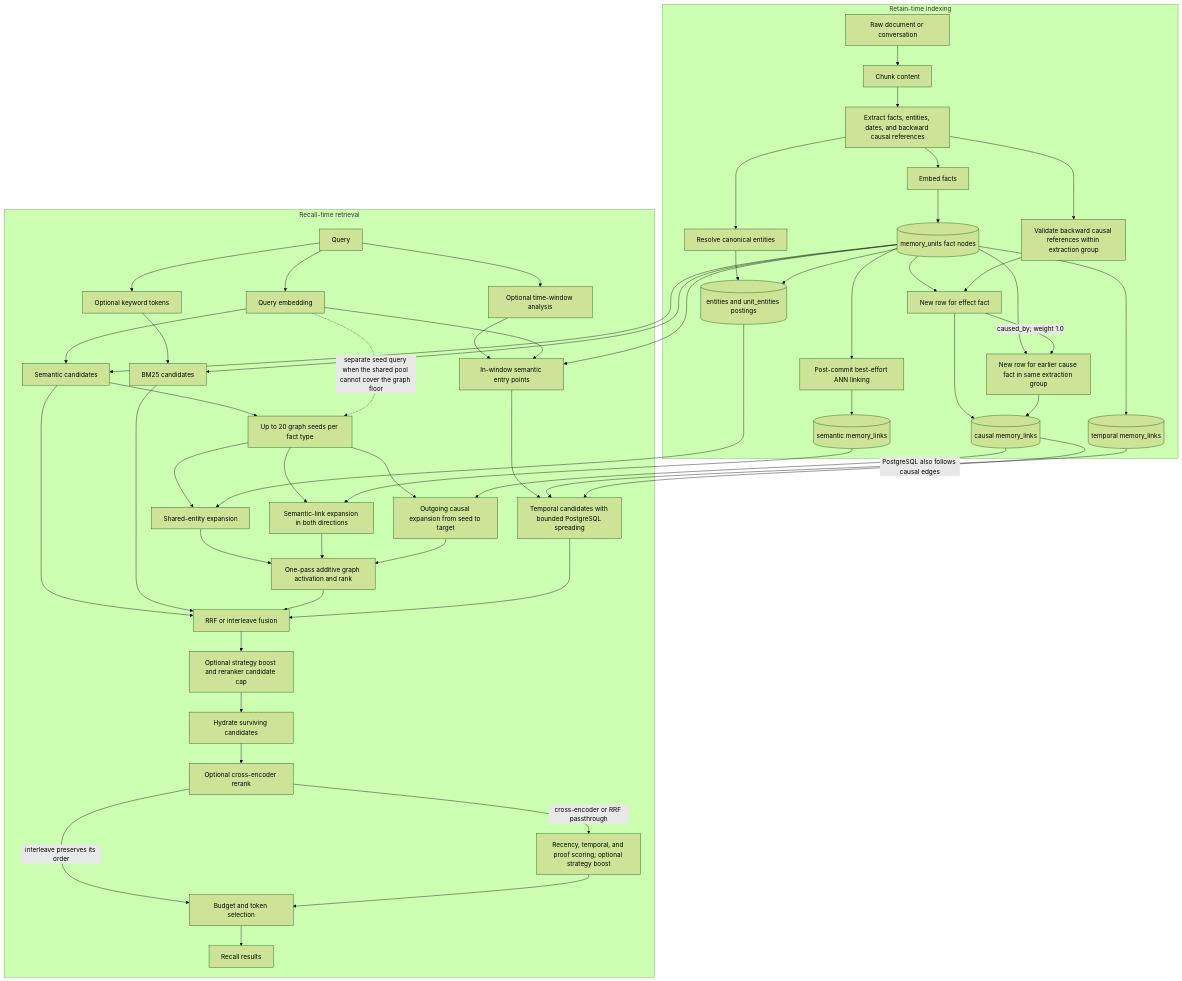
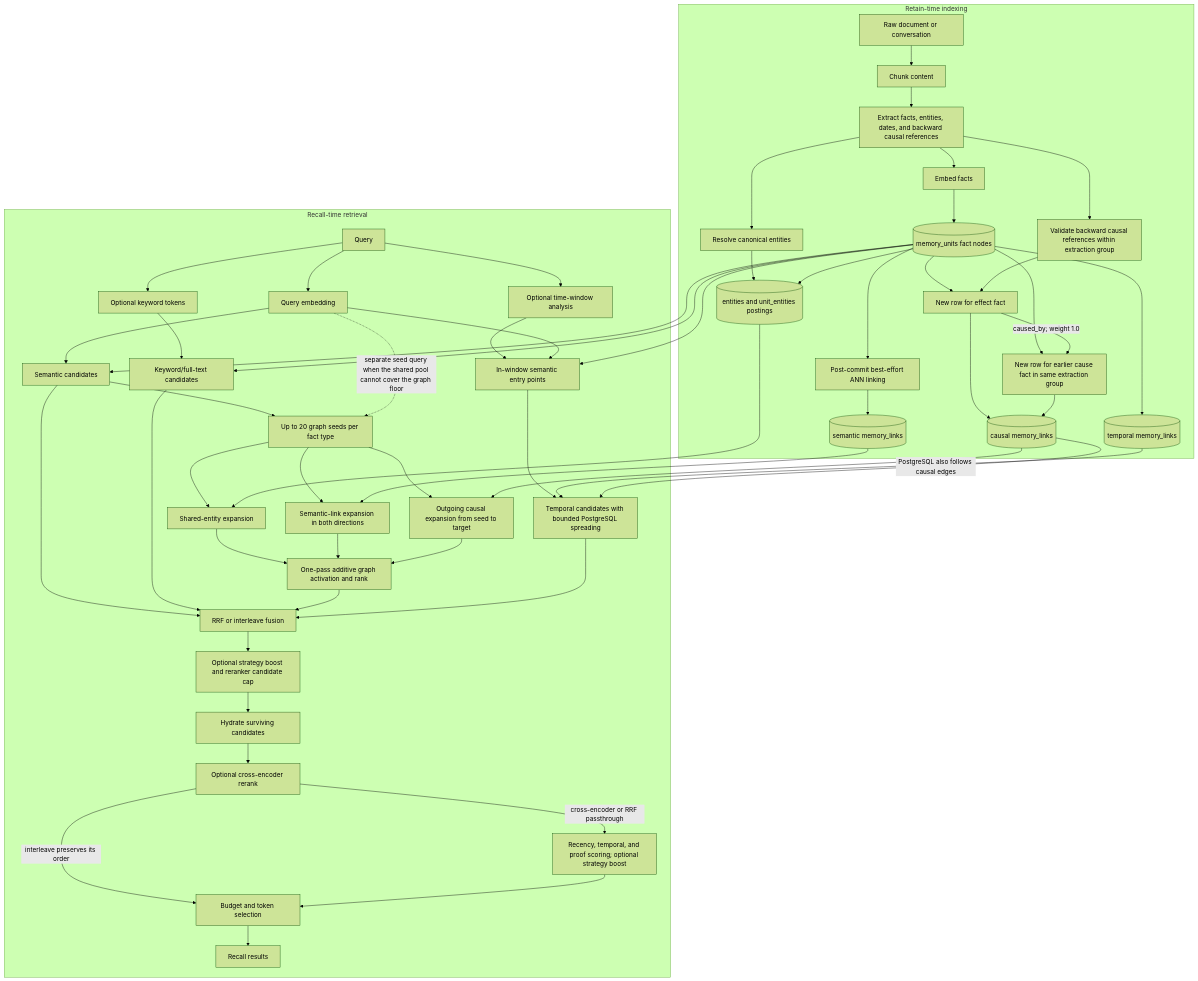
One commit to rocke2020/hindsight changed the diagram in learning/design_points/graph-retrieval-flow.md. Above: the diagram before and after it, drawn with Mermaid (forest theme). The commit also changed other lines of this file and 1 other file, not shown here.

Commit message:
docs: update graph retrieval and memory removal design

````diff
--- a/learning/design_points/graph-retrieval-flow.md
+++ b/learning/design_points/graph-retrieval-flow.md
@@ -29,60 +29,60 @@
 ```mermaid
 flowchart TD
     subgraph Retain[Retain-time indexing]
         A[Raw document or conversation] --> B[Chunk content]
         B --> C[Extract facts, entities, dates, and backward causal references]
         C --> D[Embed facts]
         C --> E[Resolve canonical entities]
         D --> F[(memory_units fact nodes)]
         E --> G[(entities and unit_entities postings)]
         F --> G
         C --> CR[Validate backward causal references within extraction group]
         F --> EFFECT[New row for effect fact]
         F --> CAUSE[New row for earlier cause fact in same extraction group]
         CR --> EFFECT
         EFFECT -->|caused_by; weight 1.0| CAUSE
         EFFECT --> H[(causal memory_links)]
         CAUSE --> H
         F --> J[(temporal memory_links)]
         F --> ANN[Post-commit best-effort ANN linking]
         ANN --> I[(semantic memory_links)]
     end
 
     subgraph Recall[Recall-time retrieval]
         Q[Query] --> QE[Query embedding]
         Q --> QT[Optional keyword tokens]
         Q --> QD[Optional time-window analysis]
         QE --> S[Semantic candidates]
-        QT --> K[BM25 candidates]
+        QT --> K[Keyword/full-text candidates]
         F --> S
         F --> K
         S --> GS[Up to 20 graph seeds per fact type]
         QE -. separate seed query when the shared pool cannot cover the graph floor .-> GS
         GS --> EE[Shared-entity expansion]
         GS --> SE[Semantic-link expansion in both directions]
         GS --> CA[Outgoing causal expansion from seed to target]
         G --> EE
         I --> SE
         H --> CA
         EE --> GE[One-pass additive graph activation and rank]
         SE --> GE
         CA --> GE
         QD --> TS[In-window semantic entry points]
         QE --> TS
         F --> TS
         TS --> T[Temporal candidates with bounded PostgreSQL spreading]
         J --> T
         H -->|PostgreSQL also follows causal edges| T
         S --> FUSE[RRF or interleave fusion]
         K --> FUSE
         GE --> FUSE
         T --> FUSE
         FUSE --> CAP[Optional strategy boost and reranker candidate cap]
         CAP --> HY[Hydrate surviving candidates]
         HY --> RR[Optional cross-encoder rerank]
         RR -->|cross-encoder or RRF passthrough| SCORE[Recency, temporal, and proof scoring; optional strategy boost]
         RR -->|interleave preserves its order| PACK[Budget and token selection]
         SCORE --> PACK
         PACK --> OUT[Recall results]
     end
 ```
````
